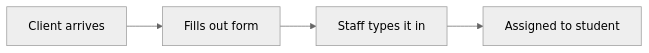
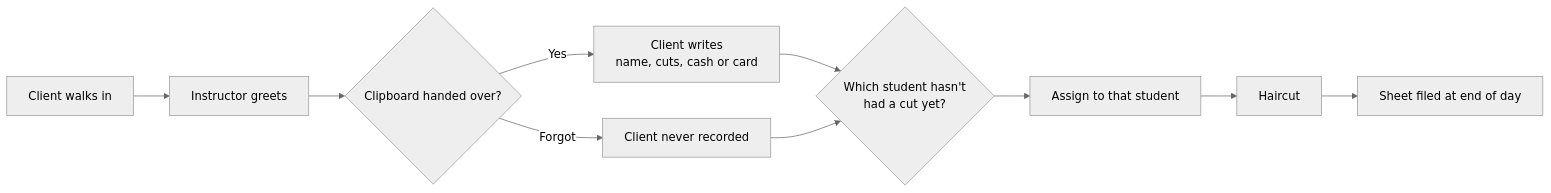
The diagram in docs/discovery.md (DevinCodes13/sop-automator), drawn with Mermaid (neutral theme) before and after one commit. The commit also changed other lines of this file, not shown here.

Commit message:
Phase 1: client intake discovery

````diff
--- a/docs/discovery.md
+++ b/docs/discovery.md
@@ -15,6 +21,12 @@
 ```mermaid
 flowchart LR
-  A[Client arrives] --> B[Fills out form]
-  B --> C[Staff types it in]
-  C --> D[Assigned to student]
+  A[Client walks in] --> B[Instructor greets]
+  B --> C{"Clipboard handed over?"}
+  C -- Yes --> D["Client writes<br/>name, cuts, cash or card"]
+  C -- Forgot --> X["Client never recorded"]
+  D --> E{"Which student hasn't<br/>had a cut yet?"}
+  X --> E
+  E --> F[Assign to that student]
+  F --> G[Haircut]
+  G --> H[Sheet filed at end of day]
 ```
````
